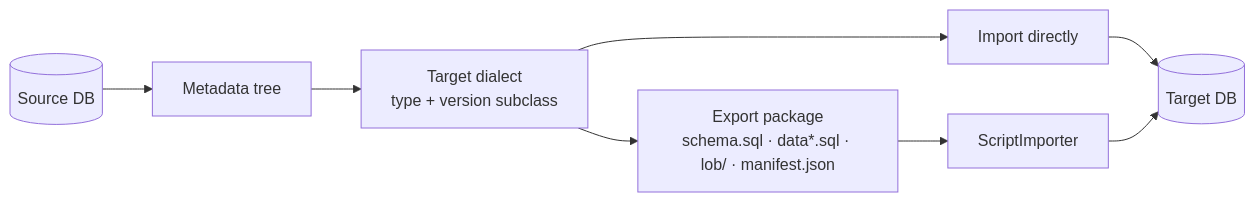
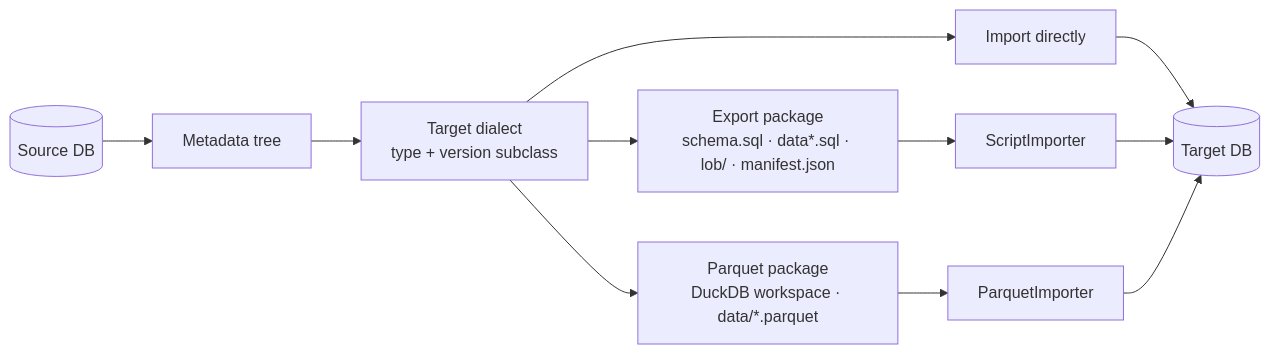
One commit to paganini2008/sqljam changed the diagram in docs/blogger/sqljam-en.md. Above: the diagram before and after it, drawn with Mermaid. The commit also changed other lines of this file and 169 other files, not shown here.

````diff
--- a/docs/blogger/sqljam-en.md
+++ b/docs/blogger/sqljam-en.md
@@ -84,8 +103,10 @@
 ```mermaid
 flowchart LR
     S[(Source DB)] --> T[Metadata tree]
     T --> D[Target dialect<br/>type + version subclass]
     D --> I[Import directly] --> TD[(Target DB)]
     D --> E[Export package<br/>schema.sql · data*.sql · lob/ · manifest.json]
     E --> SI[ScriptImporter] --> TD
+    D --> P[Parquet package<br/>DuckDB workspace · data/*.parquet]
+    P --> PI[ParquetImporter] --> TD
 ```
````
